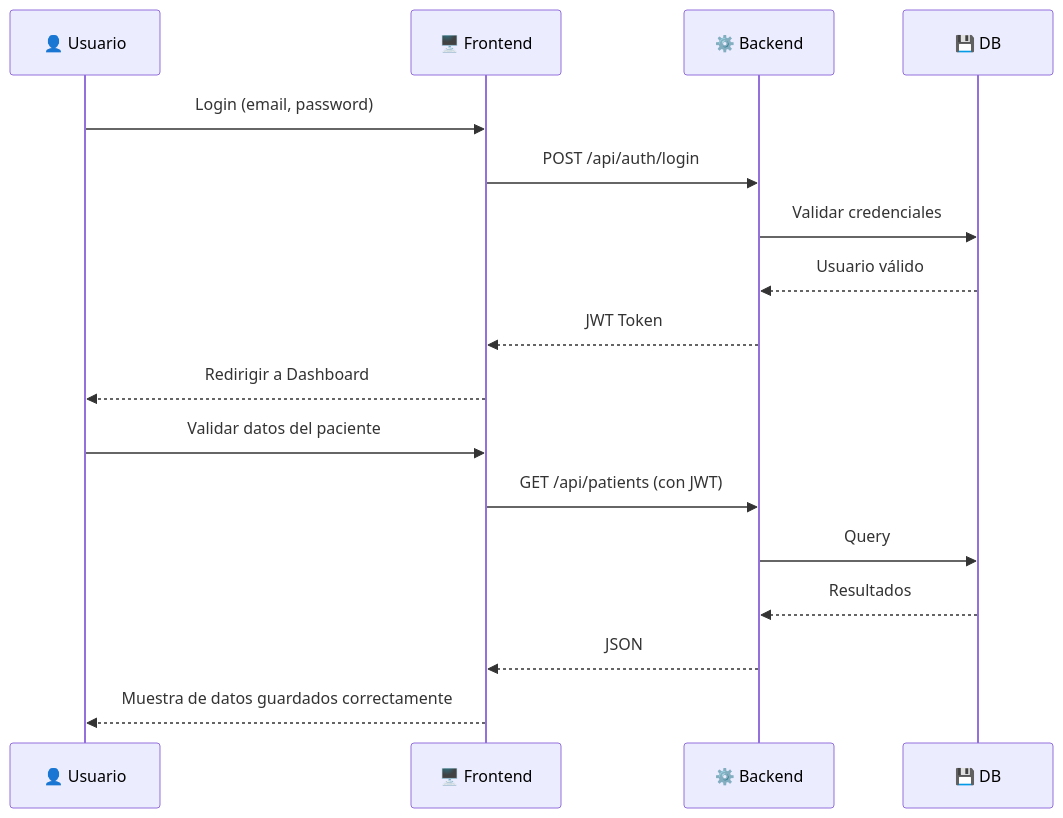
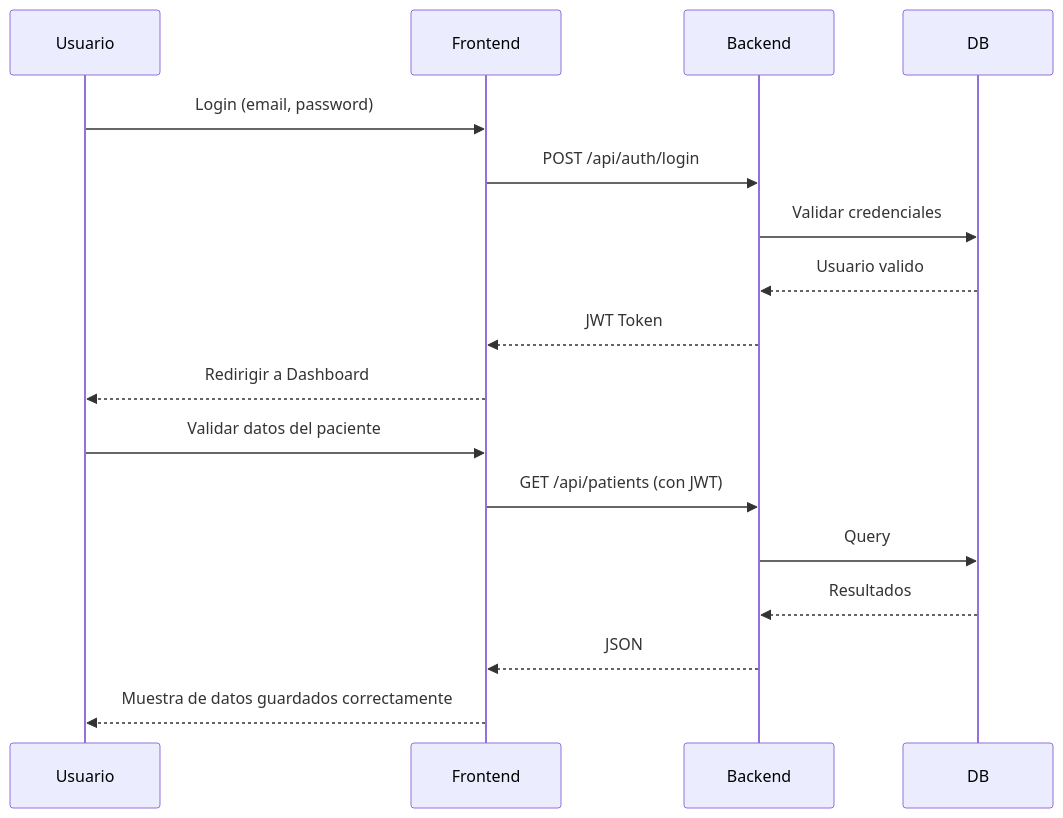
Before and after one commit to dIAgnoseTeam/dIAgnose: the fifth of 5 diagrams in README.md, drawn with Mermaid. The commit also changed other lines of this file and 1 other file, not shown here.

````diff
--- a/README.md
+++ b/README.md
@@ -138,21 +138,21 @@
 ```mermaid
 sequenceDiagram
-    participant U as 👤 Usuario
-    participant F as 🖥️ Frontend
-    participant B as ⚙️ Backend
-    participant D as 💾 DB
-    
+    participant U as Usuario
+    participant F as Frontend
+    participant B as Backend
+    participant D as DB
+
     U->>F: Login (email, password)
     F->>B: POST /api/auth/login
     B->>D: Validar credenciales
-    D-->>B: Usuario válido
+    D-->>B: Usuario valido
     B-->>F: JWT Token
     F-->>U: Redirigir a Dashboard
-    
+
     U->>F: Validar datos del paciente
     F->>B: GET /api/patients (con JWT)
     B->>D: Query
     D-->>B: Resultados
     B-->>F: JSON
     F-->>U: Muestra de datos guardados correctamente
 ```
````
